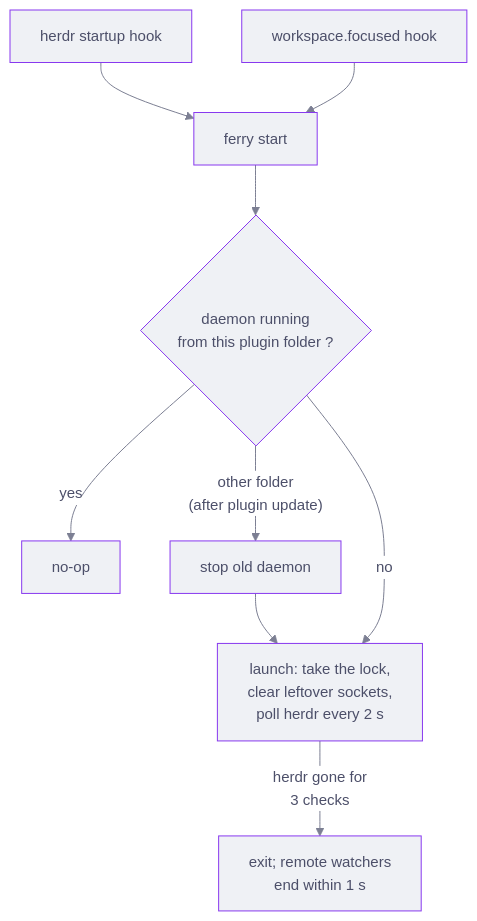
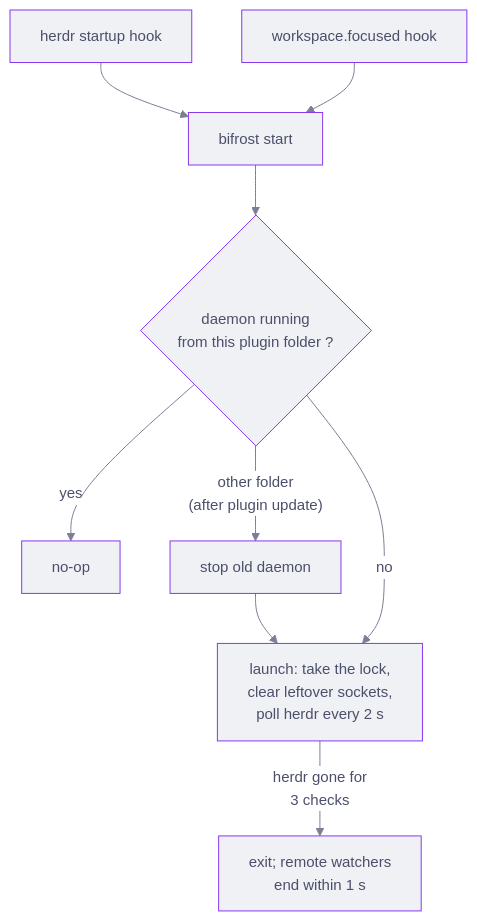
Before and after one commit to kujjwal02/bifrost: the fifth of 6 diagrams in docs/architecture.md, drawn with Mermaid. The commit also changed other lines of this file and 19 other files, not shown here.

First line of the commit message:
Rename ferry to bifrost (2.0.0)

````diff
--- a/docs/architecture.md
+++ b/docs/architecture.md
@@ -159,11 +159,11 @@
 ```mermaid
 %%{init: {"theme": "base", "themeVariables": {"fontFamily": "ui-sans-serif, system-ui, sans-serif", "fontSize": "15px", "primaryColor": "#eff1f5", "primaryBorderColor": "#8839ef", "primaryTextColor": "#4c4f69", "lineColor": "#7c7f93", "secondaryColor": "#e6e9ef", "tertiaryColor": "#f5f5fa", "edgeLabelBackground": "#ffffff", "actorBkg": "#eff1f5", "actorBorder": "#8839ef", "actorTextColor": "#4c4f69", "signalColor": "#5c5f77", "signalTextColor": "#4c4f69", "sequenceNumberColor": "#ffffff", "labelBoxBkgColor": "#eff1f5"}}}%%
 flowchart TD
-  startup["herdr startup hook"] --> start["ferry start"]
+  startup["herdr startup hook"] --> start["bifrost start"]
   focus["workspace.focused hook"] --> start
   start --> running{"daemon running<br/>from this plugin folder ?"}
   running -- yes --> done["no-op"]
   running -- "other folder<br/>(after plugin update)" --> stop["stop old daemon"] --> launch
   running -- no --> launch["launch: take the lock,<br/>clear leftover sockets,<br/>poll herdr every 2 s"]
   launch -- "herdr gone for<br/>3 checks" --> exit["exit; remote watchers<br/>end within 1 s"]
 ```
````
